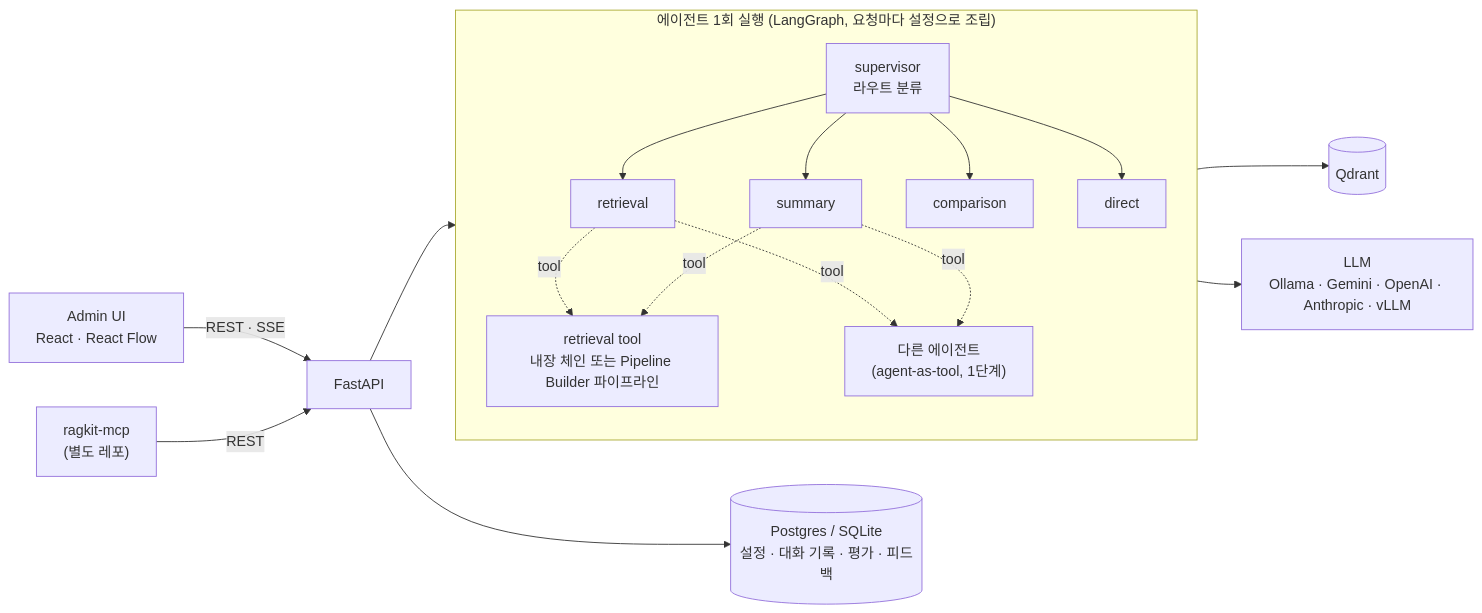
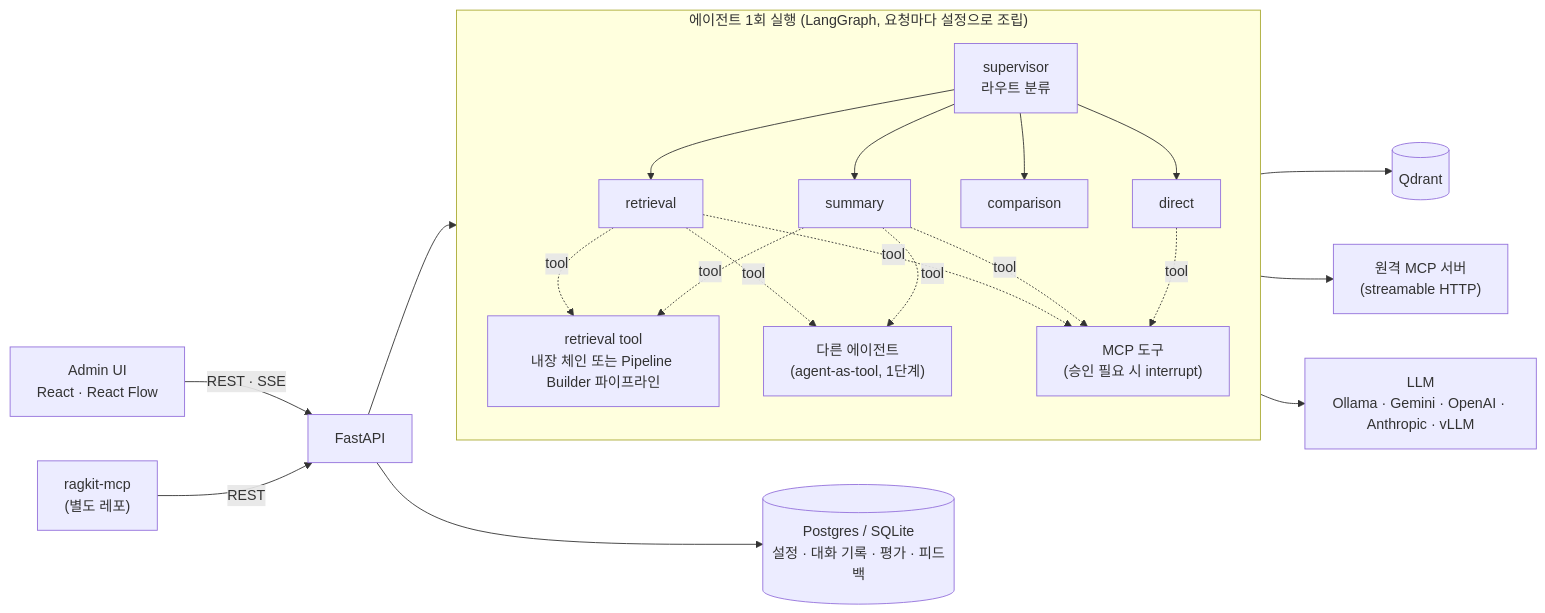
One commit to sigmoidx0/ragkit changed the diagram in README.md. Above: the diagram before and after it, drawn with Mermaid. The commit also changed other lines of this file and 99 other files, not shown here.

````diff
--- a/README.md
+++ b/README.md
@@ -20,17 +23,19 @@
 ```mermaid
 flowchart LR
     UI["Admin UI<br/>React · React Flow"] -- "REST · SSE" --> API["FastAPI"]
     MCP["ragkit-mcp<br/>(별도 레포)"] -- REST --> API
 
     subgraph Agent["에이전트 1회 실행 (LangGraph, 요청마다 설정으로 조립)"]
         direction TB
         SUP["supervisor<br/>라우트 분류"] --> R["retrieval"] & S["summary"] & C["comparison"] & D["direct"]
         R & S -. tool .-> T1["retrieval tool<br/>내장 체인 또는 Pipeline Builder 파이프라인"]
         R & S -. tool .-> T2["다른 에이전트<br/>(agent-as-tool, 1단계)"]
+        R & S & D -. tool .-> T3["MCP 도구<br/>(승인 필요 시 interrupt)"]
     end
 
     API --> Agent
     API --> DB[("Postgres / SQLite<br/>설정 · 대화 기록 · 평가 · 피드백")]
     T1 --> Q[("Qdrant")]
+    T3 --> EXT["원격 MCP 서버<br/>(streamable HTTP)"]
     Agent --> LLM["LLM<br/>Ollama · Gemini · OpenAI · Anthropic · vLLM"]
 ```
````
